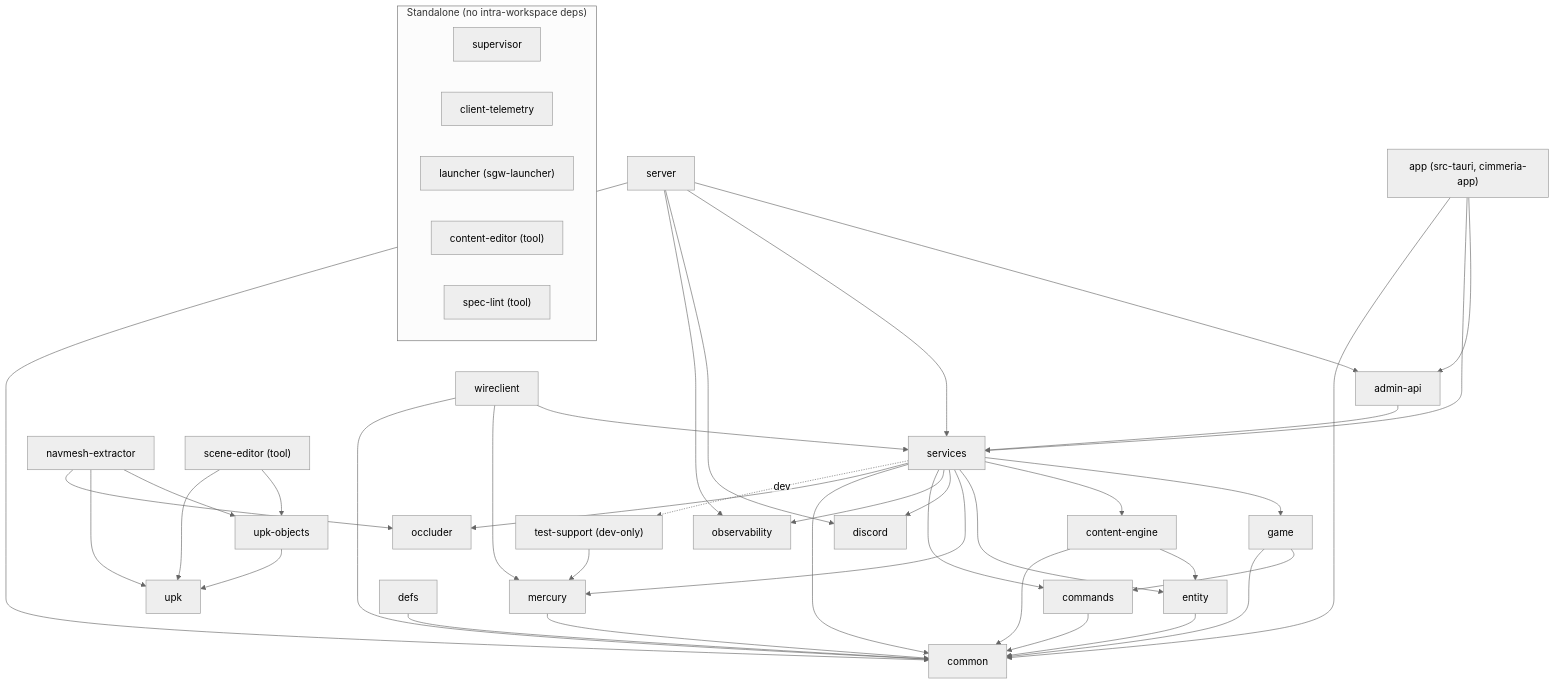
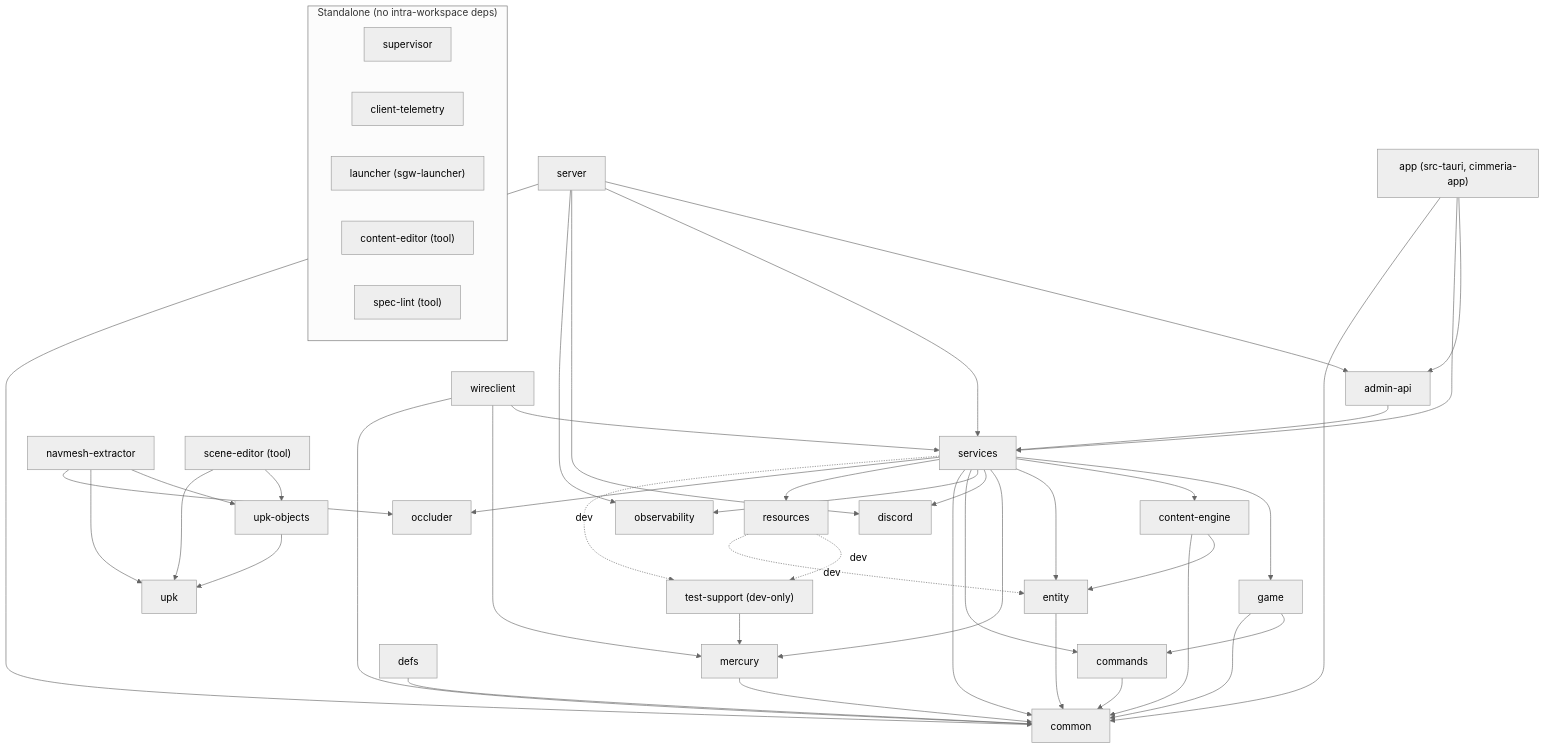
The diagram in README.md (SandboxServers/Cimmeria), drawn with Mermaid before and after one commit. The commit also changed other lines of this file and 39 other files, not shown here.

````diff
--- a/README.md
+++ b/README.md
@@ -95,59 +95,62 @@
 ```mermaid
 %%{init: {"flowchart": {"htmlLabels": false}, "theme": "neutral"}}%%
 flowchart TD
     %% entry points / binaries
     server --> adminApi["admin-api"]
     server --> services
     server --> discord
     server --> observability
     server --> common
     app["app (src-tauri, cimmeria-app)"] --> adminApi
     app --> services
     app --> common
     wireclient --> services
     wireclient --> mercury
     wireclient --> common
 
     %% service + domain layer
     adminApi --> services
     services --> game
     services --> contentEngine["content-engine"]
     services --> entity
     services --> mercury
     services --> discord
     services --> observability
     services --> commands
     services --> common
+    services --> resources
     game --> commands
     game --> common
     contentEngine --> entity
     contentEngine --> common
     entity --> common
 
     %% foundation
     mercury --> common
     defs --> common
     commands --> common
 
     %% UPK / navmesh toolchain (independent of the server spine)
     navmeshExtractor["navmesh-extractor"] --> upkObjects["upk-objects"]
     navmeshExtractor --> upk
     navmeshExtractor --> occluder
     services --> occluder
     sceneEditor["scene-editor (tool)"] --> upkObjects
 
     %% test-only
     services -. dev .-> testSupport["test-support (dev-only)"]
     testSupport --> mercury
+    resources -. dev .-> testSupport
+    resources -. dev .-> entity
     sceneEditor --> upk
     upkObjects --> upk
 
     %% standalone crates with no intra-workspace dependencies
     subgraph standalone["Standalone (no intra-workspace deps)"]
         supervisor
         clientTelemetry["client-telemetry"]
         launcher["launcher (sgw-launcher)"]
         contentEditor["content-editor (tool)"]
         specLint["spec-lint (tool)"]
     end
 ```
````
